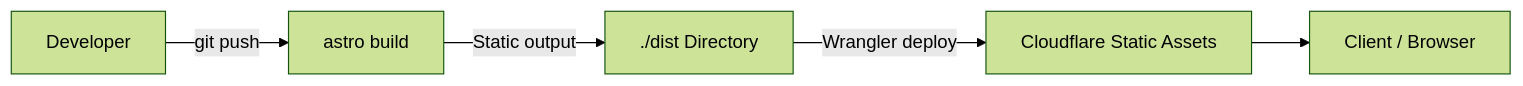
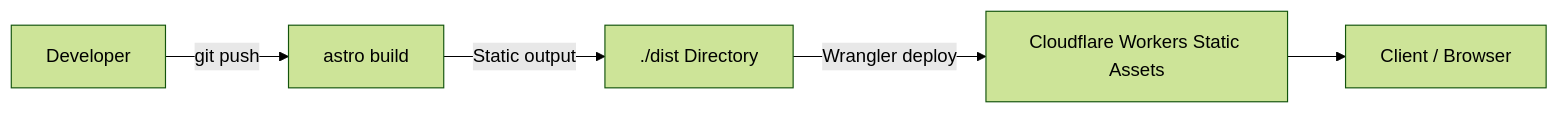
Before and after one commit to satyatulasijalandharch/satyatulasijalandharch: the diagram in docs/06-deployment-and-operations.md, drawn with Mermaid (forest theme). The commit also changed other lines of this file and 24 other files, not shown here.

````diff
--- a/docs/06-deployment-and-operations.md
+++ b/docs/06-deployment-and-operations.md
@@ -9,7 +9,7 @@
 ```mermaid
 graph LR
     Dev[Developer] -->|git push| Build[astro build]
     Build -->|Static output| Dist[./dist Directory]
-    Dist -->|Wrangler deploy| CFAssets[Cloudflare Static Assets]
+    Dist -->|Wrangler deploy| CFAssets[Cloudflare Workers Static Assets]
     CFAssets --> User[Client / Browser]
 ```
````
